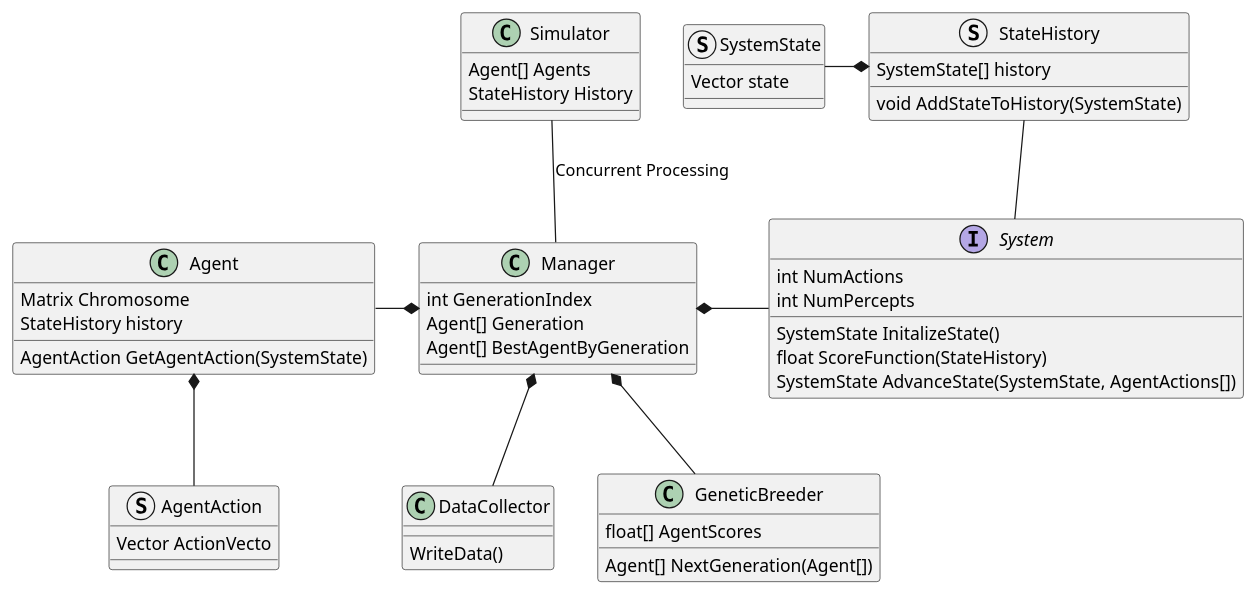
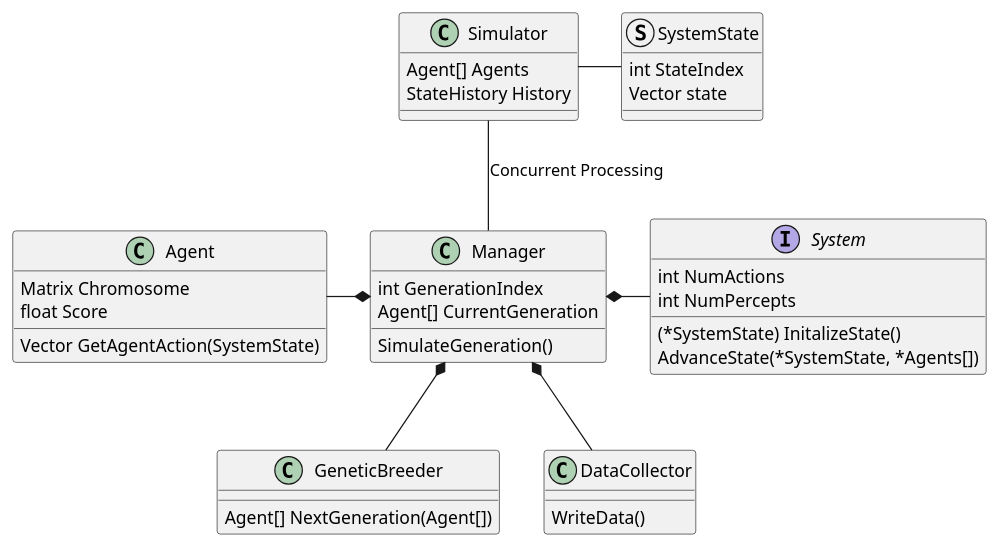
Before and after one commit to Otago-Computing-Students-Society/FoosballGeneticLearning: the diagram in UML/ProjectPlan.puml, drawn with PlantUML.

Commit message:
Update PUML with plans to reflect go implementation

```diff
--- a/UML/ProjectPlan.puml
+++ b/UML/ProjectPlan.puml
@@ -1,62 +1,49 @@
 @startuml ProjectPlan
 
 Class Agent {
     Matrix Chromosome
-    StateHistory history
-    AgentAction GetAgentAction(SystemState)
-}
-
-struct AgentAction {
-    Vector ActionVecto
-}
+    float Score
+    Vector GetAgentAction(SystemState)
+} 
 
 interface System {
     int NumActions
     int NumPercepts
-    SystemState InitalizeState()
-    float ScoreFunction(StateHistory)
-    SystemState AdvanceState(SystemState, AgentActions[])
+    (*SystemState) InitalizeState()
+    AdvanceState(*SystemState, *Agents[])
 }
 
 struct SystemState {
+    int StateIndex
     Vector state
-}
-
-struct StateHistory {
-    SystemState[] history
-    void AddStateToHistory(SystemState)
 }
 
 class Manager {
     int GenerationIndex
-    Agent[] Generation
-    Agent[] BestAgentByGeneration
+    Agent[] CurrentGeneration
+    SimulateGeneration()
 }
 
 class Simulator {
     Agent[] Agents
     StateHistory History
 }
 
 class GeneticBreeder {
-    float[] AgentScores
     Agent[] NextGeneration(Agent[])
 }
 
 class DataCollector {
     WriteData()
 }
 
 Agent -r-* Manager
 System -l-* Manager
 GeneticBreeder -u-* Manager
 DataCollector -u-* Manager
 
-Agent *-d- AgentAction
-
-System -u- StateHistory
-StateHistory *-l- SystemState
+Simulator -r- SystemState
 
 Simulator -d- Manager: Concurrent Processing
 
 @enduml
```
